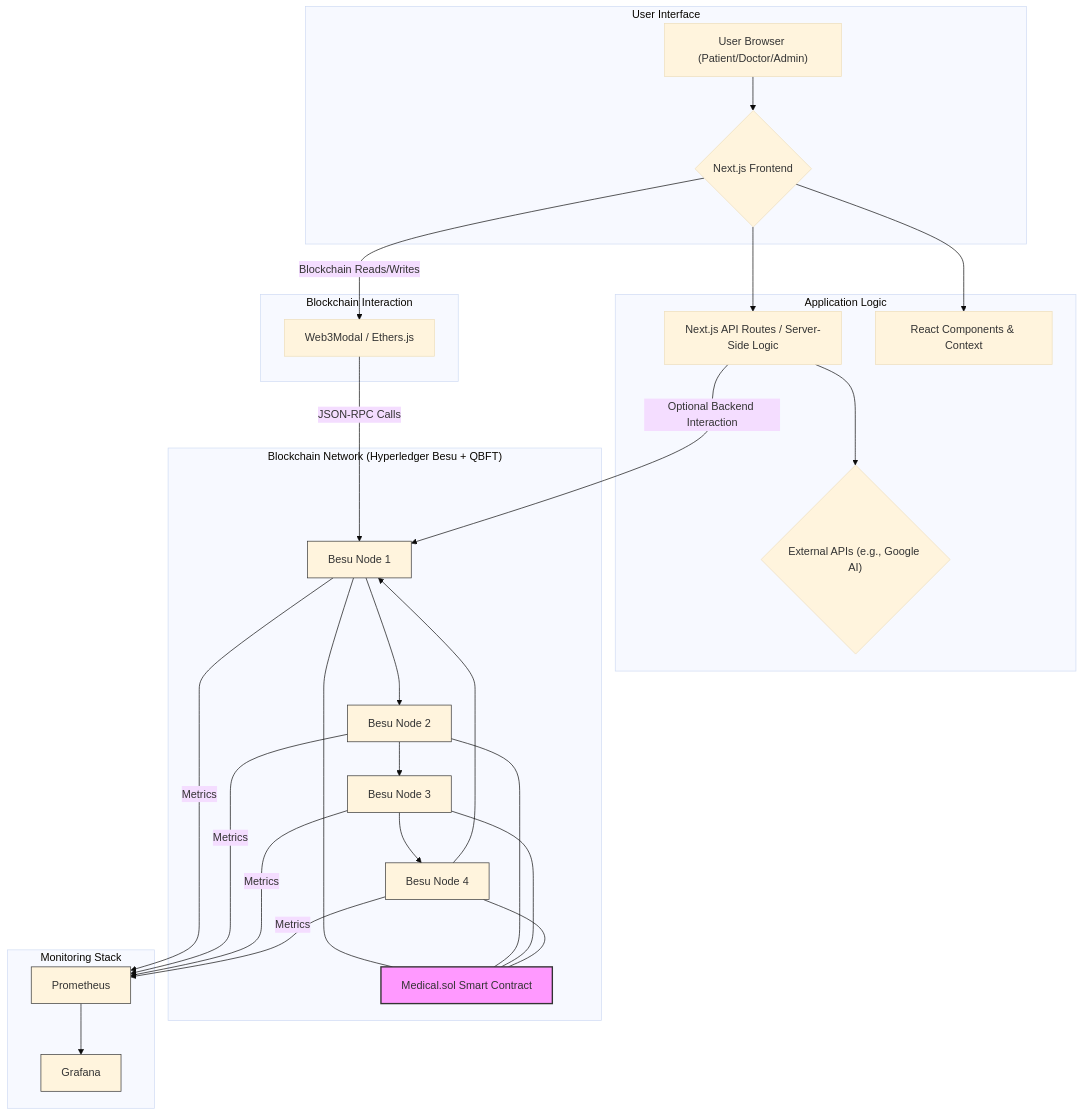
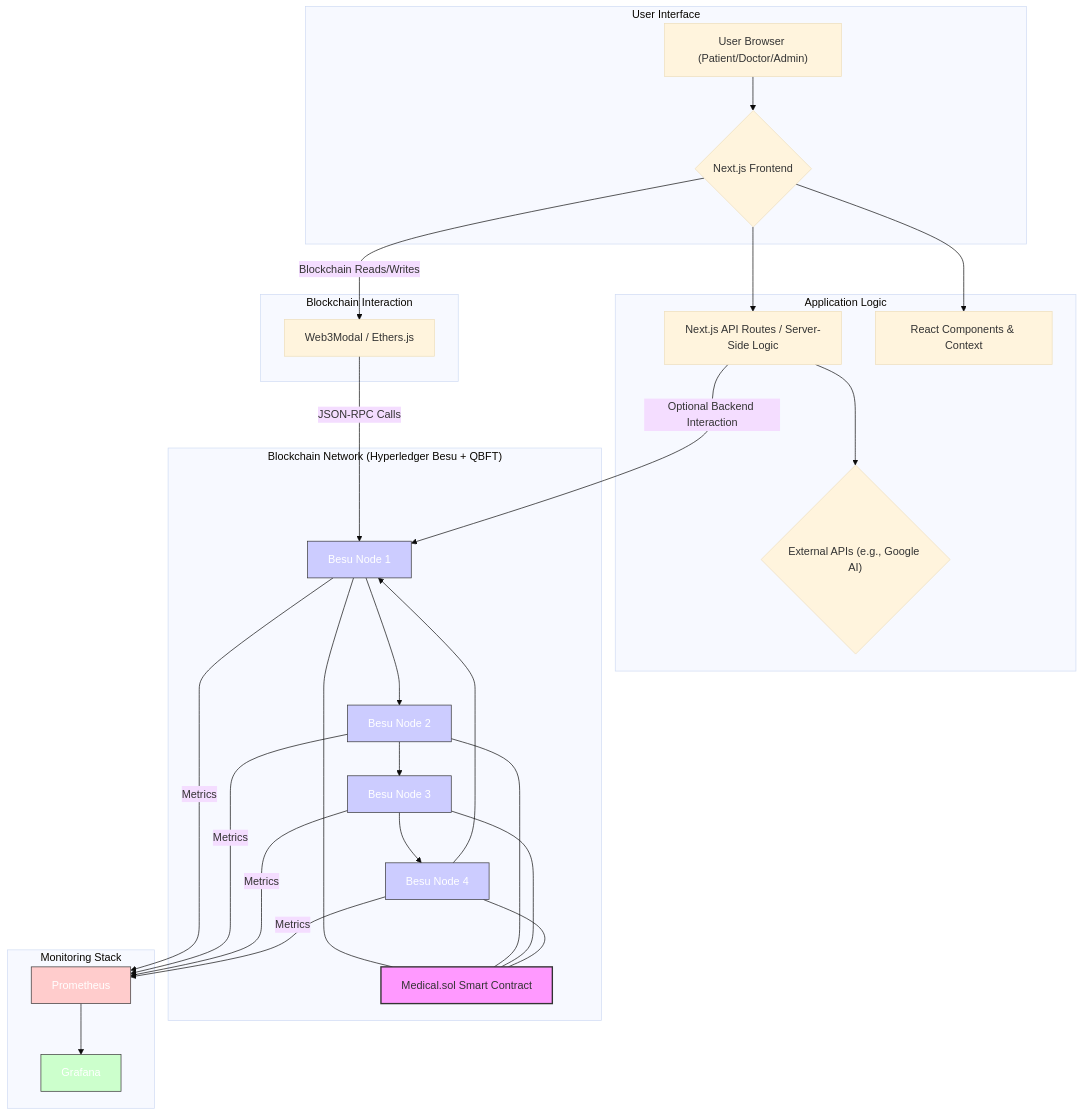
The first of 9 diagrams in README.md (ItsRudraksh/healthcare-dapp), drawn with Mermaid (base theme) before and after one commit. The commit also changed other lines of this file, not shown here.

Commit message:
Update node styles in README.md diagrams to improve visual clarity with consistent fill colors

````diff
--- a/README.md
+++ b/README.md
@@ -74,47 +74,47 @@
 ```mermaid
 graph TD
     subgraph "User Interface"
         A["User Browser (Patient/Doctor/Admin)"] --> B{Next.js Frontend};
     end
 
     subgraph "Application Logic"
         B --> C[Next.js API Routes / Server-Side Logic];
         B --> D[React Components & Context];
         C --> E{"External APIs (e.g., Google AI)"};
     end
 
     subgraph "Blockchain Network (Hyperledger Besu + QBFT)"
         N1[Besu Node 1] --> N2[Besu Node 2];
         N2 --> N3[Besu Node 3];
         N3 --> N4[Besu Node 4];
         N4 --> N1;
         N1 --- F[Medical.sol Smart Contract];
         N2 --- F;
         N3 --- F;
         N4 --- F;
     end
 
     subgraph "Blockchain Interaction"
       G[Web3Modal / Ethers.js]
     end
 
     subgraph "Monitoring Stack"
         P[Prometheus] --> GR[Grafana];
         N1 -- Metrics --> P;
         N2 -- Metrics --> P;
         N3 -- Metrics --> P;
         N4 -- Metrics --> P;
     end
 
     B -- Blockchain Reads/Writes --> G;
     G -- JSON-RPC Calls --> N1;
     C -- Optional Backend Interaction --> N1;
 
     style F fill:#f9f,stroke:#333,stroke-width:2px
-    style N1 stroke:#333,stroke-width:1px
-    style N2 stroke:#333,stroke-width:1px
-    style N3 stroke:#333,stroke-width:1px
-    style N4 stroke:#333,stroke-width:1px
-    style P stroke:#333,stroke-width:1px
-    style GR stroke:#333,stroke-width:1px
+    style N1 fill:#ccf,stroke:#333,stroke-width:1px,color:#fff
+    style N2 fill:#ccf,stroke:#333,stroke-width:1px,color:#fff
+    style N3 fill:#ccf,stroke:#333,stroke-width:1px,color:#fff
+    style N4 fill:#ccf,stroke:#333,stroke-width:1px,color:#fff
+    style P fill:#fcc,stroke:#333,stroke-width:1px,color:#fff
+    style GR fill:#cfc,stroke:#333,stroke-width:1px,color:#fff
 ```
````
